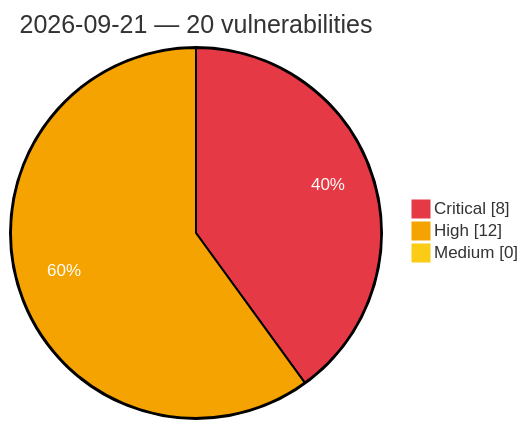
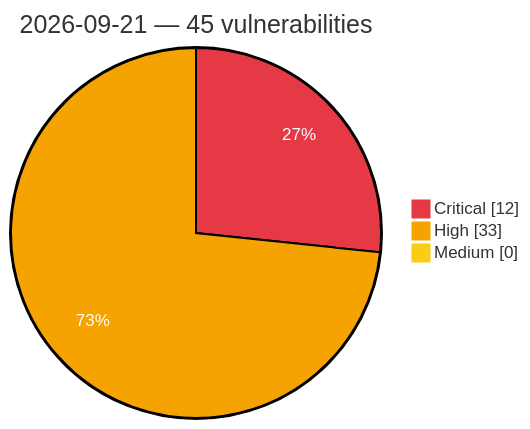
Before and after one commit to GhostX0X/vuln-tracker: the diagram in vulnerabilities/2026/September/2026-09-21.md, drawn with Mermaid. The commit also changed other lines of this file and 5 other files, not shown here.

Commit message:
Auto update: critical/high vulns (2026-09-21 18:41 UTC)

````diff
--- a/vulnerabilities/2026/September/2026-09-21.md
+++ b/vulnerabilities/2026/September/2026-09-21.md
@@ -3,8 +3,8 @@
 ```mermaid
 %%{init: {'theme':'base', 'themeVariables': {'pie1':'#e63946', 'pie2':'#f4a300', 'pie3':'#facc15', 'pieOpacity':'1', 'pieOuterStrokeWidth':'2px', 'pieSectionTextColor':'#ffffff'}}}%%
 pie showData
-    title 2026-09-21 — 20 vulnerabilities
-    "Critical" : 8
-    "High" : 12
+    title 2026-09-21 — 45 vulnerabilities
+    "Critical" : 12
+    "High" : 33
     "Medium" : 0
 ```
````
